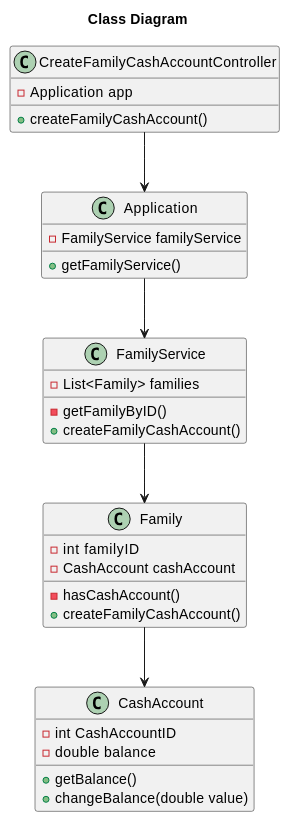
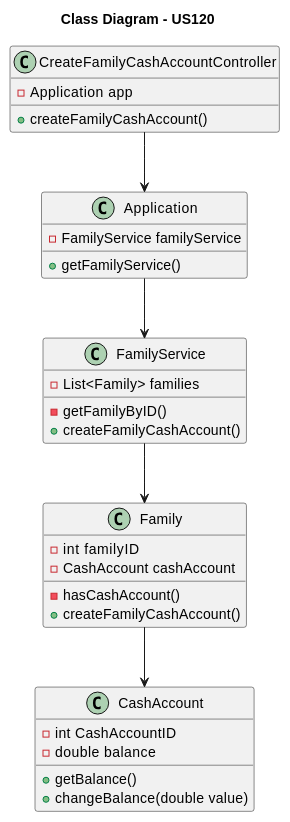
One commit to tomas-osswald/switch_2020_g3 changed the fifth of 5 diagrams in docs/US120_CreateFamilyCashAccount.md. Above: the diagram before and after it, drawn with PlantUML. The commit also changed other lines of this file, not shown here.

````diff
--- a/docs/US120_CreateFamilyCashAccount.md
+++ b/docs/US120_CreateFamilyCashAccount.md
@@ -137,39 +175,39 @@
 ```puml
 
-title Class Diagram
+title Class Diagram - US120
 
 class CreateFamilyCashAccountController {
   - Application app
   + createFamilyCashAccount()
 }
 
 class Application {
   - FamilyService familyService
   + getFamilyService()
 }
 
 class FamilyService {
   - List<Family> families
   - getFamilyByID()
   + createFamilyCashAccount()
 }
 
 class Family {
   - int familyID
   - CashAccount cashAccount
   - hasCashAccount()
   + createFamilyCashAccount()
 }
 
 class CashAccount {
   - int CashAccountID
   - double balance
   + getBalance()
   + changeBalance(double value)
 }
 
 CreateFamilyCashAccountController --> Application
 Application --> FamilyService
 Family --> CashAccount
 FamilyService --> Family
 ```
````
